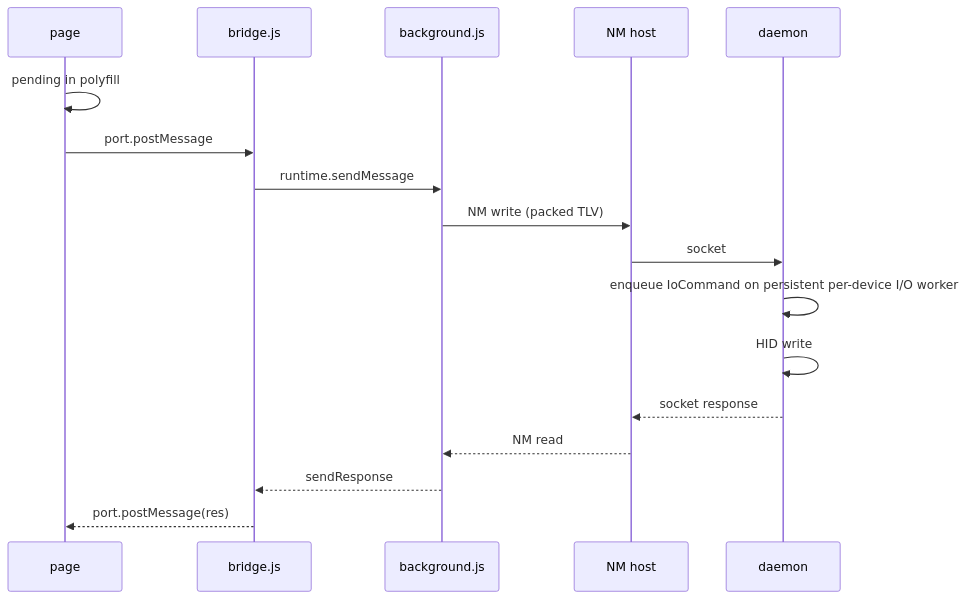
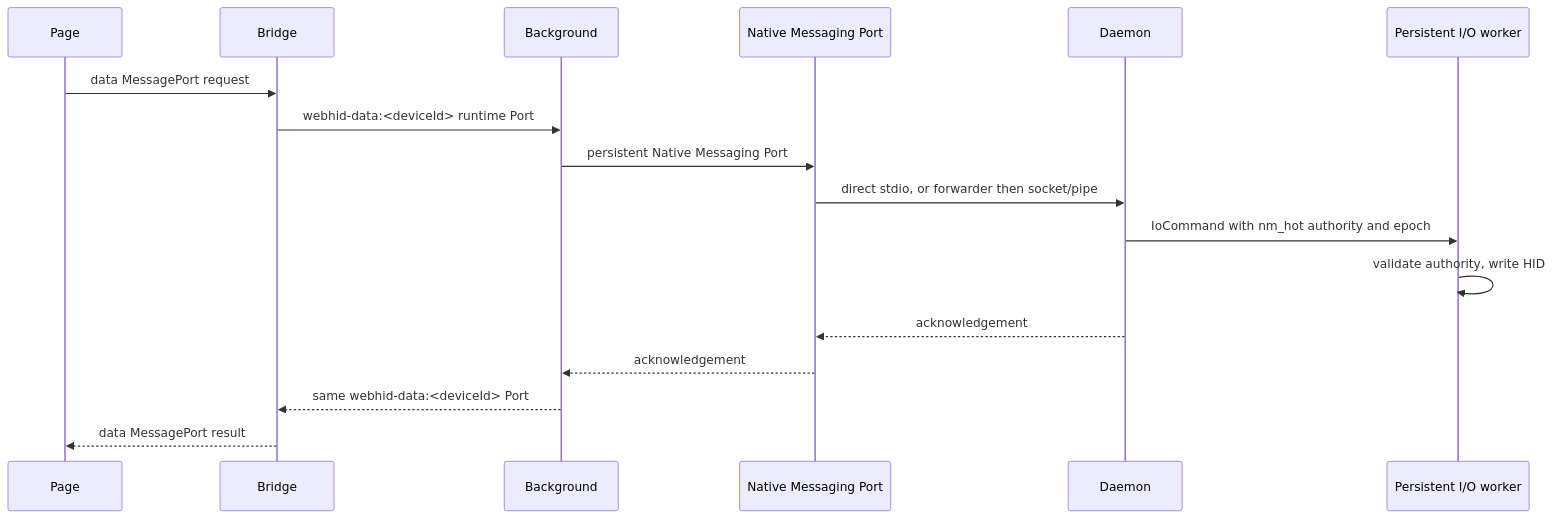
The fourth of 6 diagrams in docs/ARCHITECTURE.md (K4zoku/FF-WebHID), drawn with Mermaid before and after one commit. The commit also changed other lines of this file and 4 other files, not shown here.

````diff
--- a/docs/ARCHITECTURE.md
+++ b/docs/ARCHITECTURE.md
@@ -350,20 +262,20 @@
 ```mermaid
 sequenceDiagram
-    participant P as page
-    participant B as bridge.js
-    participant G as background.js
-    participant N as NM host
-    participant D as daemon
+    participant P as Page
+    participant B as Bridge
+    participant G as Background
+    participant N as Native Messaging Port
+    participant D as Daemon
+    participant I as Persistent I/O worker
 
-    P->>P: pending in polyfill
-    P->>B: port.postMessage
-    B->>G: runtime.sendMessage
-    G->>N: NM write (packed TLV)
-    N->>D: socket
-    D->>D: enqueue IoCommand on persistent per-device I/O worker
-    D->>D: HID write
-    D-->>N: socket response
-    N-->>G: NM read
-    G-->>B: sendResponse
-    B-->>P: port.postMessage(res)
+    P->>B: data MessagePort request
+    B->>G: webhid-data:<deviceId> runtime Port
+    G->>N: persistent Native Messaging Port
+    N->>D: direct stdio, or forwarder then socket/pipe
+    D->>I: IoCommand with nm_hot authority and epoch
+    I->>I: validate authority, write HID
+    D-->>N: acknowledgement
+    N-->>G: acknowledgement
+    G-->>B: same webhid-data:<deviceId> Port
+    B-->>P: data MessagePort result
 ```
````
